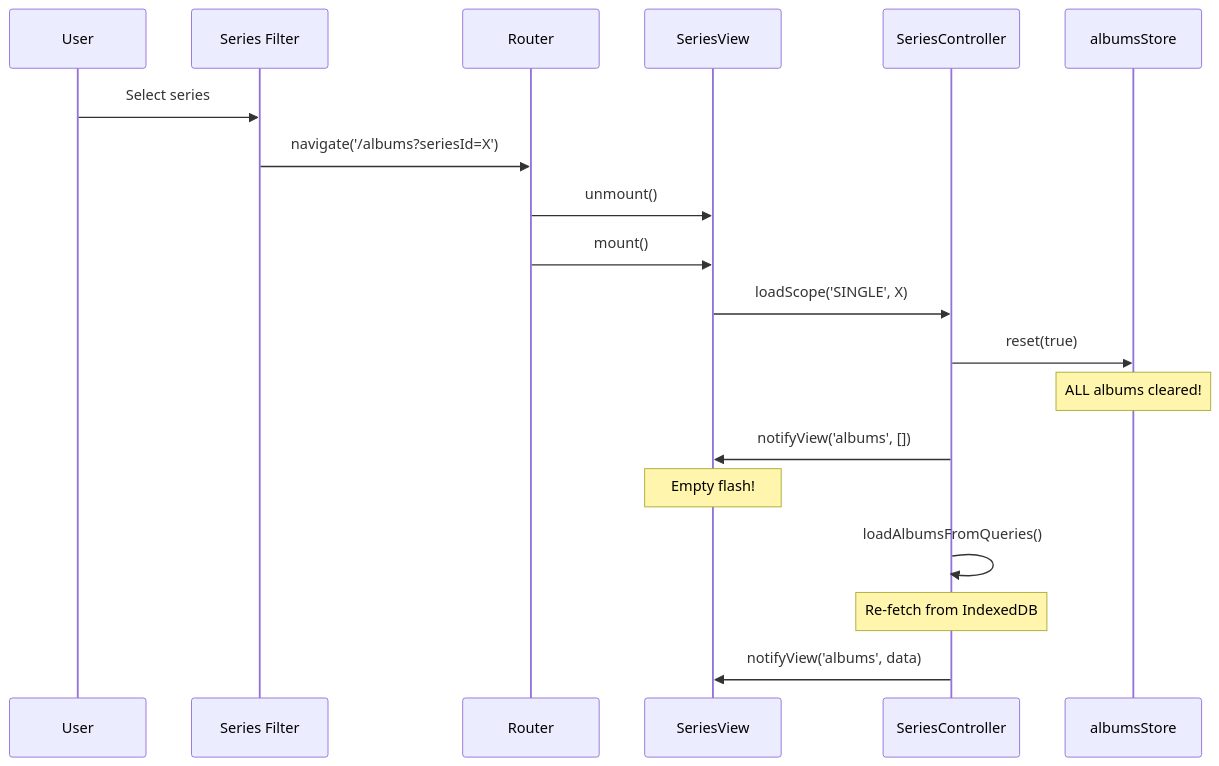
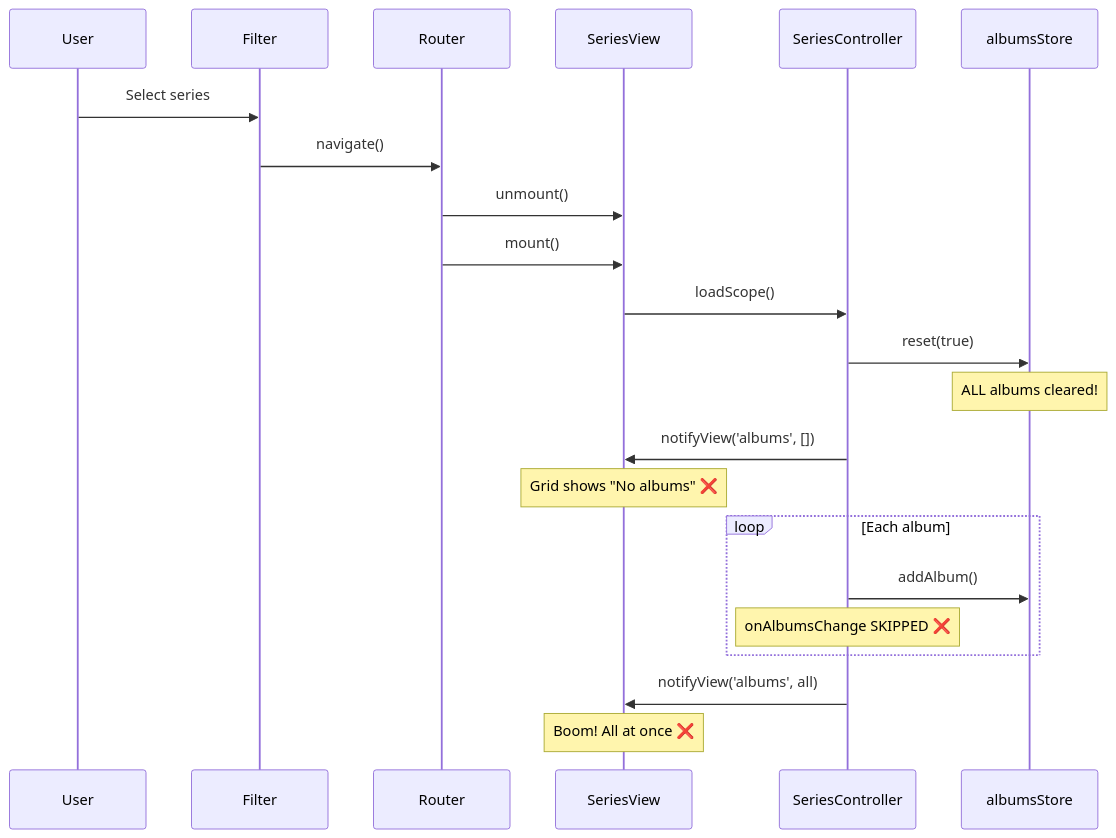
The first of 2 diagrams in docs/technical/specs/arch-6-series-loading-optimization_plan.md (maujrp99/MJRP_AlbumsBalancedPlaylists_v0), drawn with Mermaid before and after one commit. The commit also changed other lines of this file and 4 other files, not shown here.

First line of the commit message:
feat(ARCH-6): SeriesView Loading Optimization

````diff
--- a/docs/technical/specs/arch-6-series-loading-optimization_plan.md
+++ b/docs/technical/specs/arch-6-series-loading-optimization_plan.md
@@ -12,22 +14,27 @@
 ```mermaid
 sequenceDiagram
-    participant User
-    participant Filter as Series Filter
+    participant U as User
+    participant Filter
     participant Router
     participant SV as SeriesView
     participant SC as SeriesController
-    participant Store as albumsStore
+    participant AS as albumsStore
 
-    User->>Filter: Select series
-    Filter->>Router: navigate('/albums?seriesId=X')
+    U->>Filter: Select series
+    Filter->>Router: navigate()
     Router->>SV: unmount()
     Router->>SV: mount()
-    SV->>SC: loadScope('SINGLE', X)
-    SC->>Store: reset(true)
-    Note over Store: ALL albums cleared!
+    SV->>SC: loadScope()
+    SC->>AS: reset(true)
+    Note over AS: ALL albums cleared!
     SC->>SV: notifyView('albums', [])
-    Note over SV: Empty flash!
-    SC->>SC: loadAlbumsFromQueries()
-    Note over SC: Re-fetch from IndexedDB
-    SC->>SV: notifyView('albums', data)
+    Note over SV: Grid shows "No albums" ❌
+    
+    loop Each album
+        SC->>AS: addAlbum()
+        Note over SC: onAlbumsChange SKIPPED ❌
+    end
+    
+    SC->>SV: notifyView('albums', all)
+    Note over SV: Boom! All at once ❌
 ```
````
